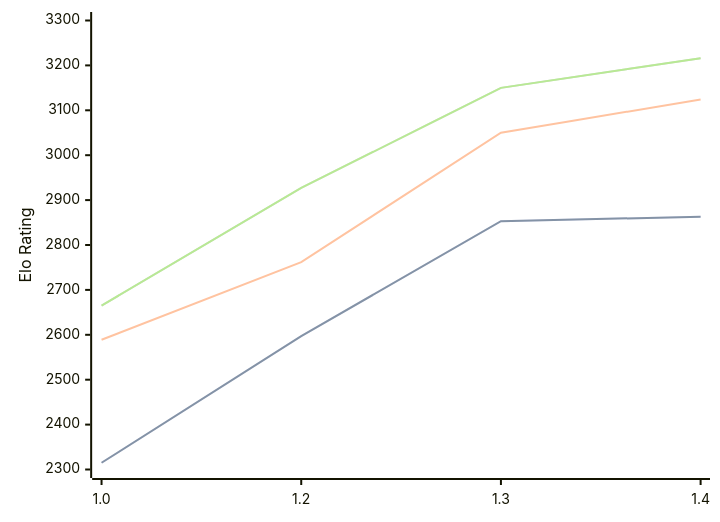
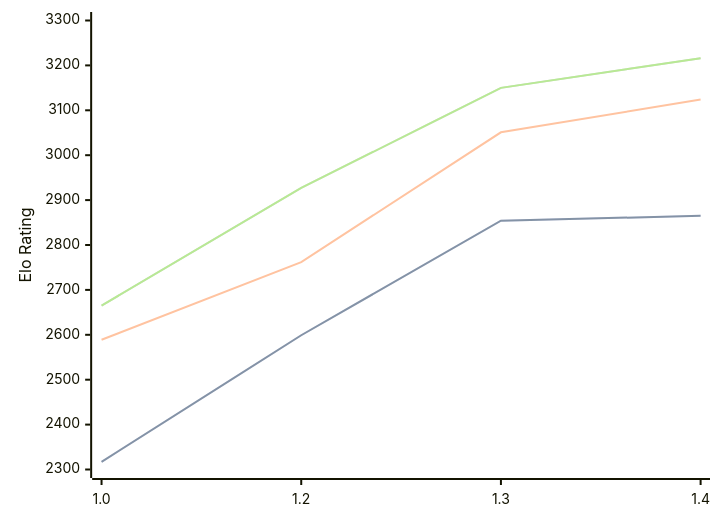
The first of 3 diagrams in engines/Chessnix.md (computer-chess-index/cci), drawn with Mermaid before and after one commit. The commit also changed other lines of this file, not shown here.

````diff
--- a/engines/Chessnix.md
+++ b/engines/Chessnix.md
@@ -36,11 +36,11 @@
 ```mermaid
 %%{init: {"theme":"base","themeVariables":{"seriesColors:['#a3a3a3','#222221','#faa371']}}}%%
 xychart-beta
   x-axis ["1.0", "1.2", "1.3", "1.4"]
   y-axis "Elo Rating" 2300 --> 3300
-  line "STC (8.0+0.08s)" [2315, 2597, 2853, 2863]
-  line "STC (8.0+0.08s)" [2315, 2597, 2853, 2863]
-  line "LTC (60.0+0.60s)" [2589, 2762, 3050, 3124]
+  line "STC (8.0+0.08s)" [2317, 2599, 2854, 2865]
+  line "STC (8.0+0.08s)" [2317, 2599, 2854, 2865]
+  line "LTC (60.0+0.60s)" [2589, 2762, 3051, 3124]
   line "VLTC (2m24s+1.12s)" [2665, 2927, 3150, 3216]
   line "VLTC (2m24s+1.12s)" [2665, 2927, 3150, 3216]
 ```
````
